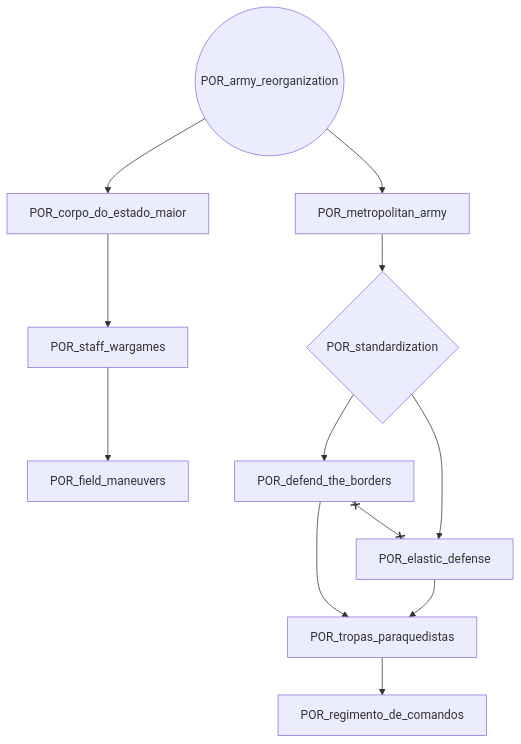
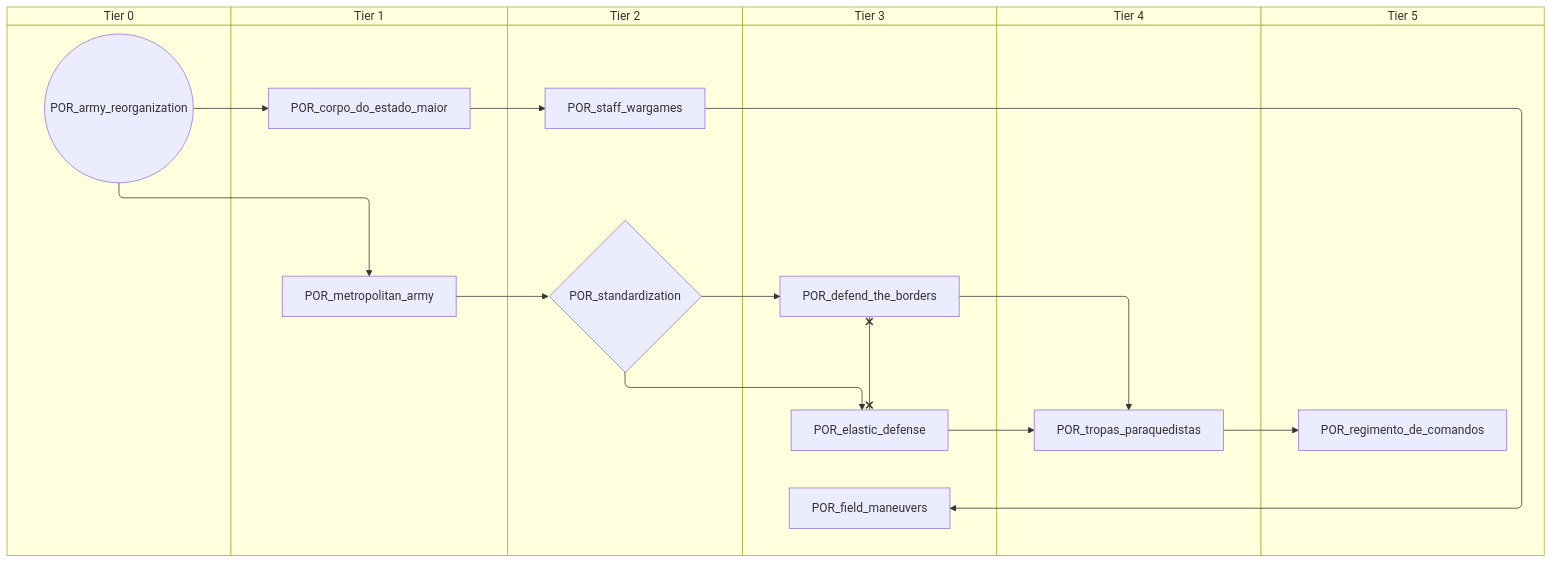
The first of 6 diagrams in docs/gdd/National Focuses/r56/portugal.md (evgeny-sobol/hoi4-sandbox-mode-r56), drawn with Mermaid before and after one commit. The commit also changed other lines of this file and 423 other files, not shown here.

First line of the commit message:
Re-export Rt56 focus trees as swimlane diagrams

````diff
--- a/docs/gdd/National Focuses/r56/portugal.md
+++ b/docs/gdd/National Focuses/r56/portugal.md
@@ -3,24 +3,36 @@
 ```mermaid
-flowchart TD
-    n1(("POR_army_reorganization"))
-    n2["POR_corpo_do_estado_maior"]
-    n3["POR_defend_the_borders"]
-    n4["POR_elastic_defense"]
-    n5["POR_field_maneuvers"]
-    n6["POR_metropolitan_army"]
-    n7["POR_regimento_de_comandos"]
-    n8["POR_staff_wargames"]
-    n9{"POR_standardization"}
-    n10["POR_tropas_paraquedistas"]
+swimlane-beta TD
+    subgraph tier_0["Tier 0"]
+        n1(("POR_army_reorganization"))
+    end
+    subgraph tier_1["Tier 1"]
+        n2["POR_corpo_do_estado_maior"]
+        n3["POR_metropolitan_army"]
+    end
+    subgraph tier_2["Tier 2"]
+        n4["POR_staff_wargames"]
+        n5{"POR_standardization"}
+    end
+    subgraph tier_3["Tier 3"]
+        n6["POR_defend_the_borders"]
+        n7["POR_elastic_defense"]
+        n8["POR_field_maneuvers"]
+    end
+    subgraph tier_4["Tier 4"]
+        n9["POR_tropas_paraquedistas"]
+    end
+    subgraph tier_5["Tier 5"]
+        n10["POR_regimento_de_comandos"]
+    end
     n1 --> n2
-    n9 --> n3
-    n9 --> n4
-    n8 --> n5
-    n1 --> n6
-    n10 --> n7
-    n2 --> n8
+    n5 --> n6
+    n5 --> n7
+    n4 --> n8
+    n1 --> n3
+    n9 --> n10
+    n2 --> n4
+    n3 --> n5
     n6 --> n9
-    n3 --> n10
-    n4 --> n10
-    n3 x--x n4
+    n7 --> n9
+    n6 x--x n7
 ```
````
